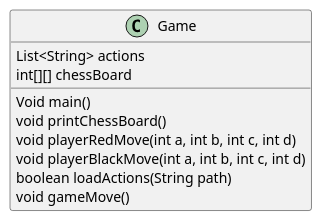
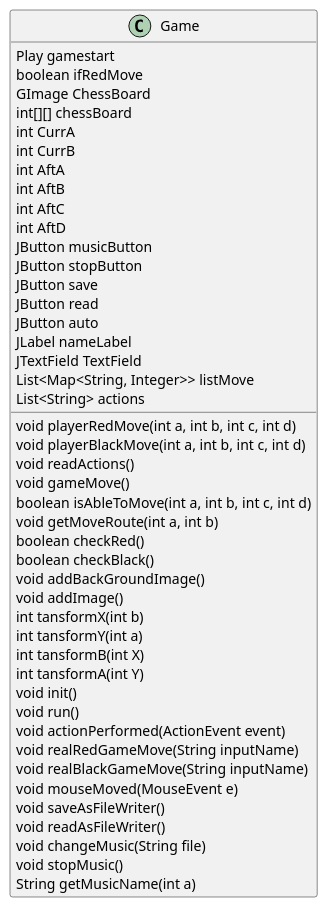
Before and after one commit to Alexander-lu/chess: the diagram in UML.puml, drawn with PlantUML.

Commit message:
添加读取棋谱ACtion功能

```diff
--- a/UML.puml
+++ b/UML.puml
@@ -1,16 +1,52 @@
 @startuml
 'https://plantuml.com/class-diagram
 
 class Game {
+Play gamestart
+boolean ifRedMove
+GImage ChessBoard
+int[][] chessBoard
+int CurrA
+int CurrB
+int AftA
+int AftB
+int AftC
+int AftD
+JButton musicButton
+JButton stopButton
+JButton save
+JButton read
+JButton auto
+JLabel nameLabel
+JTextField TextField
+List<Map<String, Integer>> listMove
 List<String> actions
-int[][] chessBoard
-Void main()
-void printChessBoard()
 void playerRedMove(int a, int b, int c, int d)
 void playerBlackMove(int a, int b, int c, int d)
-boolean loadActions(String path)
+void readActions()
 void gameMove()
+boolean isAbleToMove(int a, int b, int c, int d)
+void getMoveRoute(int a, int b)
+boolean checkRed()
+boolean checkBlack()
+void addBackGroundImage()
+void addImage()
+int tansformX(int b)
+int tansformY(int a)
+int tansformB(int X)
+int tansformA(int Y)
+void init()
+void run()
+void actionPerformed(ActionEvent event)
+void realRedGameMove(String inputName)
+void realBlackGameMove(String inputName)
+void mouseMoved(MouseEvent e)
+void saveAsFileWriter()
+void readAsFileWriter()
+void changeMusic(String file)
+void stopMusic()
+String getMusicName(int a)
 }
 
 
 @enduml
```
